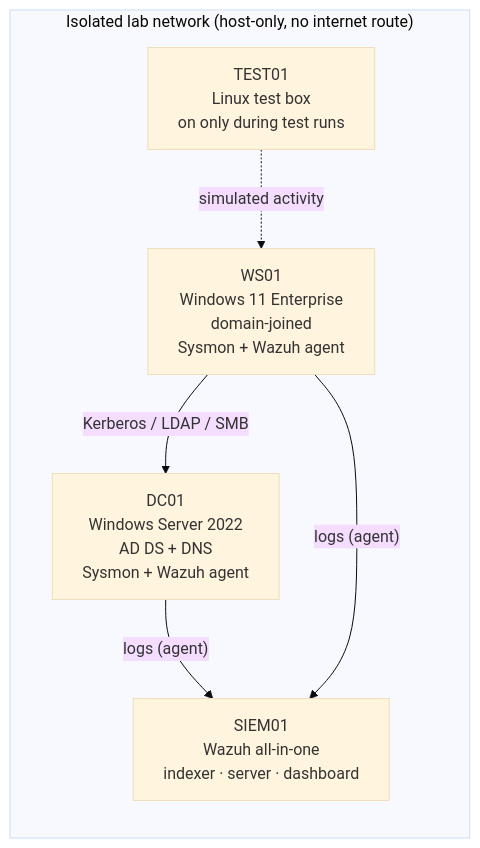
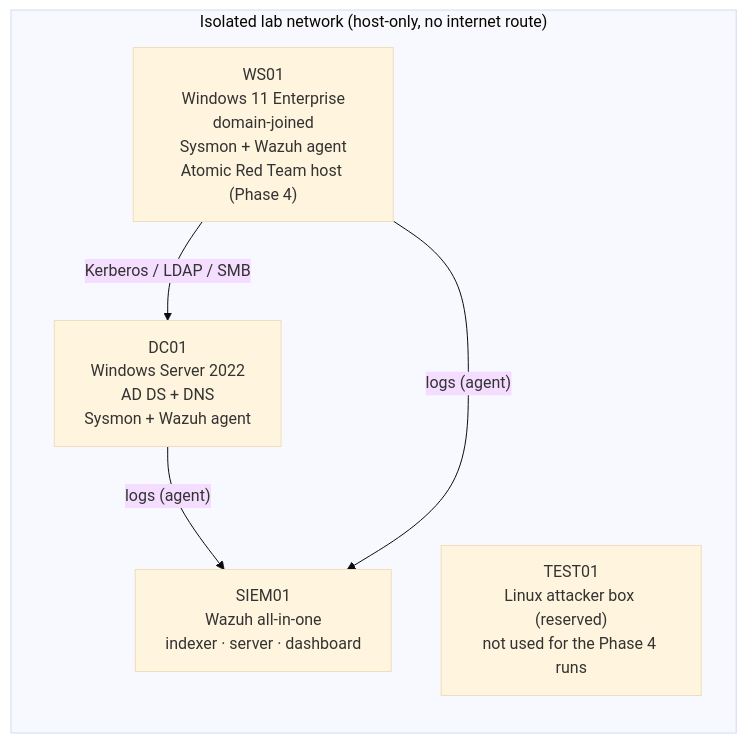
One commit to Amitdeb00731/secops-ad-lab changed the diagram in README.md. Above: the diagram before and after it, drawn with Mermaid (base theme). The commit also changed other lines of this file and 6 other files, not shown here.

````diff
--- a/README.md
+++ b/README.md
@@ -23,13 +23,12 @@
 ```mermaid
 flowchart LR
   subgraph LAB["Isolated lab network (host-only, no internet route)"]
     DC01["DC01<br/>Windows Server 2022<br/>AD DS + DNS<br/>Sysmon + Wazuh agent"]
-    WS01["WS01<br/>Windows 11 Enterprise<br/>domain-joined<br/>Sysmon + Wazuh agent"]
+    WS01["WS01<br/>Windows 11 Enterprise<br/>domain-joined<br/>Sysmon + Wazuh agent<br/>Atomic Red Team host (Phase 4)"]
     SIEM01["SIEM01<br/>Wazuh all-in-one<br/>indexer · server · dashboard"]
-    TEST01["TEST01<br/>Linux test box<br/>on only during test runs"]
+    TEST01["TEST01<br/>Linux attacker box (reserved)<br/>not used for the Phase 4 runs"]
   end
   WS01 -- "Kerberos / LDAP / SMB" --> DC01
   DC01 -- "logs (agent)" --> SIEM01
   WS01 -- "logs (agent)" --> SIEM01
-  TEST01 -. "simulated activity" .-> WS01
 ```
````
